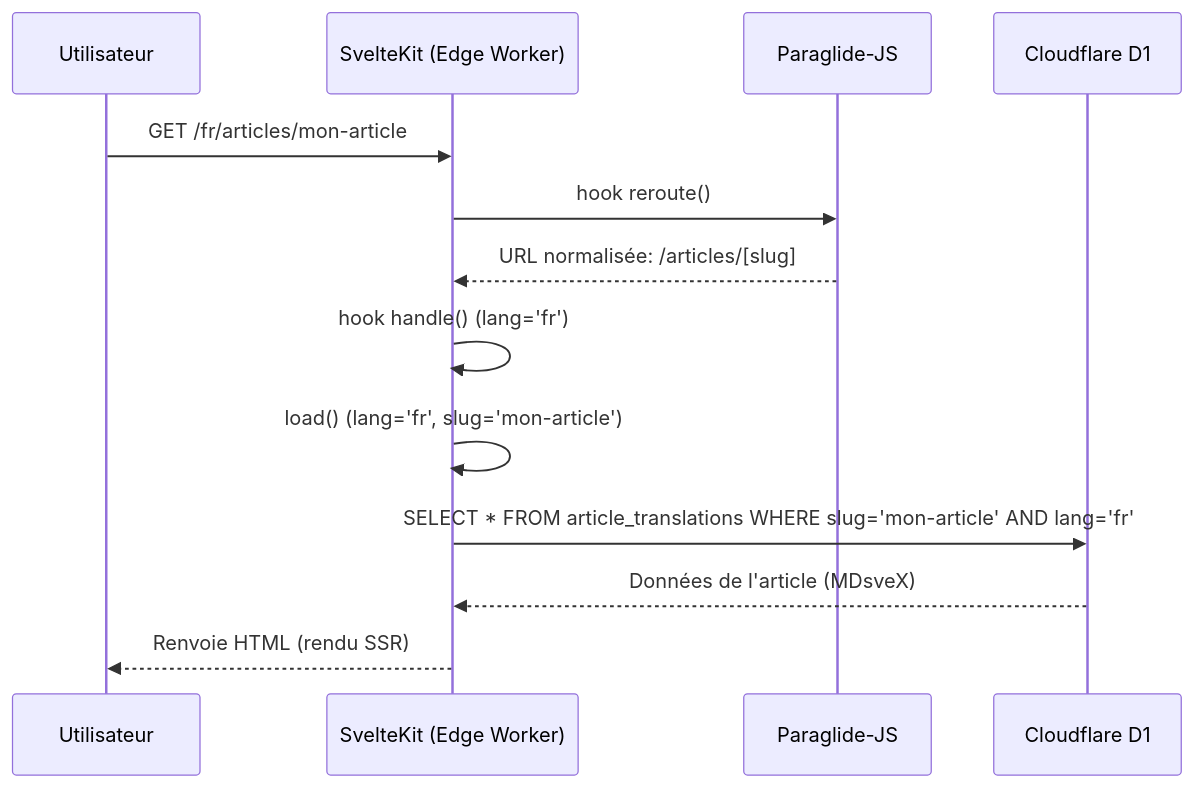
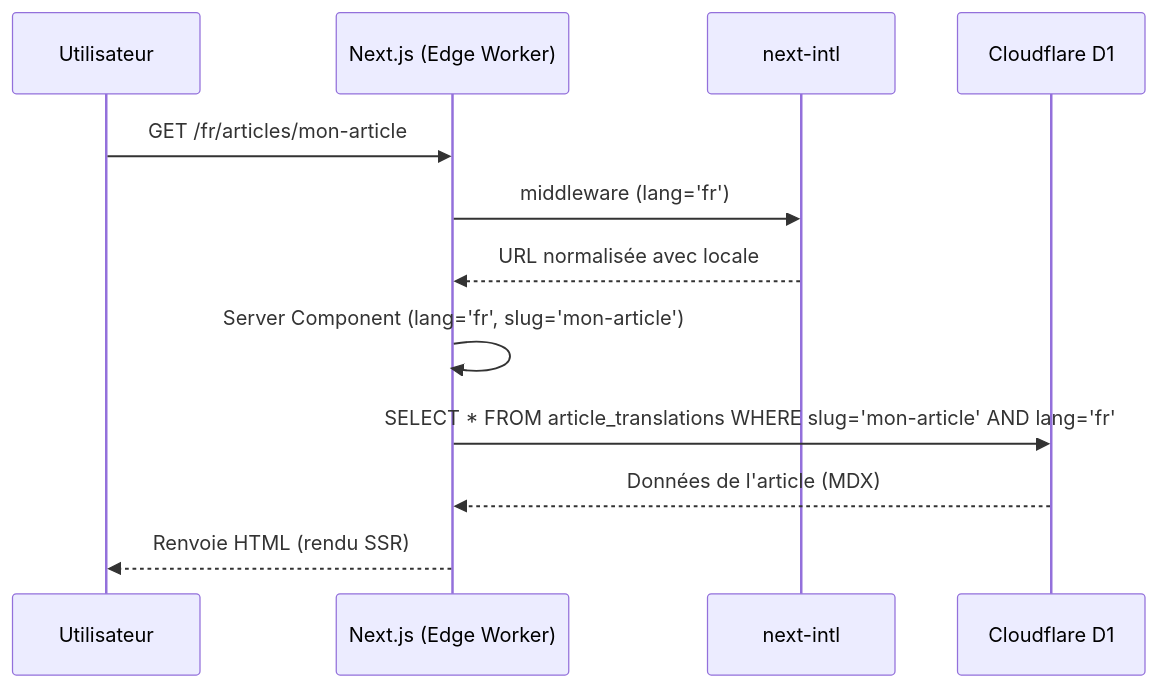
Before and after one commit to sebc-dev/website: the second of 4 diagrams in docs/specs/svelte/Architecture_technique.md, drawn with Mermaid. The commit also changed other lines of this file, not shown here.

Commit message:
Update Architecture_technique.md to use NextJS architecture

````diff
--- a/docs/specs/svelte/Architecture_technique.md
+++ b/docs/specs/svelte/Architecture_technique.md
@@ -204,16 +205,15 @@
 ```mermaid
 sequenceDiagram
     participant U as Utilisateur
-    participant SK as SvelteKit (Edge Worker)
-    participant Para as Paraglide-JS
+    participant NX as Next.js (Edge Worker)
+    participant Intl as next-intl
     participant D1 as Cloudflare D1
 
-    U->>SK: GET /fr/articles/mon-article
-    SK->>Para: hook reroute()
-    Para-->>SK: URL normalisée: /articles/[slug]
-    SK->>SK: hook handle() (lang='fr')
-    SK->>SK: load() (lang='fr', slug='mon-article')
-    SK->>D1: SELECT * FROM article_translations WHERE slug='mon-article' AND lang='fr'
-    D1-->>SK: Données de l'article (MDsveX)
-    SK-->>U: Renvoie HTML (rendu SSR)
+    U->>NX: GET /fr/articles/mon-article
+    NX->>Intl: middleware (lang='fr')
+    Intl-->>NX: URL normalisée avec locale
+    NX->>NX: Server Component (lang='fr', slug='mon-article')
+    NX->>D1: SELECT * FROM article_translations WHERE slug='mon-article' AND lang='fr'
+    D1-->>NX: Données de l'article (MDX)
+    NX-->>U: Renvoie HTML (rendu SSR)
 ```
````
